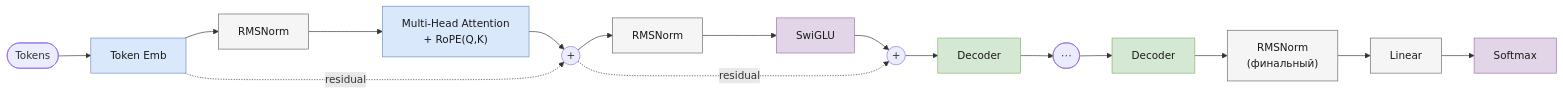
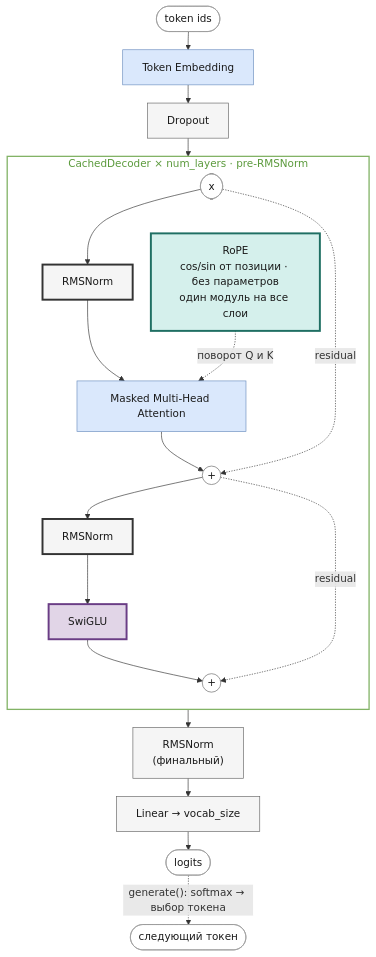
The first of 2 diagrams in docs/llama.md (pese-git/llm-arch-research), drawn with Mermaid before and after one commit. The commit also changed other lines of this file and 8 other files, not shown here.

First line of the commit message:
docs: redraw architecture diagrams in Mermaid, show RoPE explicitly

````diff
--- a/docs/llama.md
+++ b/docs/llama.md
@@ -14,18 +14,37 @@
 ```mermaid
-flowchart LR
-    Tokens(["Tokens"]) --> TokEmb["Token Emb"]:::blue
-    TokEmb --> N1["RMSNorm"]:::gray
-    N1 --> Attn["Multi-Head Attention<br/>+ RoPE(Q,K)"]:::blue
-    Attn --> A1(("+"))
-    TokEmb -.->|residual| A1
-    A1 --> N2["RMSNorm"]:::gray
-    N2 --> FFN["SwiGLU"]:::purple
-    FFN --> A2(("+"))
-    A1 -.->|residual| A2
-    A2 --> Dc2["Decoder"]:::green --> Dots(["⋯"]) --> Dc5["Decoder"]:::green --> NF["RMSNorm<br/>(финальный)"]:::gray --> Lin["Linear"]:::gray --> Soft["Softmax"]:::purple
+%%{init: {"flowchart": {"rankSpacing": 28, "nodeSpacing": 28}}}%%
+flowchart TB
+    Ids(["token ids"]):::io --> TokEmb["Token Embedding"]:::blue
+    TokEmb --> Drop["Dropout"]:::gray
+    subgraph Dec["CachedDecoder × num_layers · pre-RMSNorm"]
+        direction TB
+        X(["x"]):::io --> N1["RMSNorm"]:::grayHl
+        N1 --> Attn["Masked Multi-Head Attention"]:::blue
+        R["RoPE<br/>cos/sin от позиции · без параметров<br/>один модуль на все слои"]:::ropeHl
+        R -. "поворот Q и K" .-> Attn
+        Attn --> A1(("+")):::add
+        X -. residual .-> A1
+        A1 --> N2["RMSNorm"]:::grayHl
+        N2 --> FFN["SwiGLU"]:::purpleHl
+        FFN --> A2(("+")):::add
+        A1 -. residual .-> A2
+    end
+    Drop --> Dec
+    Dec --> NF["RMSNorm<br/>(финальный)"]:::gray --> Lin
+    Lin["Linear → vocab_size"]:::gray --> Out(["logits"]):::io
+    Out -. "generate(): softmax → выбор токена" .-> Next(["следующий токен"]):::io
+    style Dec fill:transparent,stroke:#82b366,stroke-width:2px,color:#5b9a3c
 
+    classDef io fill:#ffffff,stroke:#999999,color:#1a1a1a;
+    classDef add fill:#ffffff,stroke:#666666,color:#1a1a1a;
     classDef blue fill:#dae8fc,stroke:#6c8ebf,color:#1a1a1a;
+    classDef blueHl fill:#dae8fc,stroke:#2f5f9e,stroke-width:3px,color:#1a1a1a;
     classDef purple fill:#e1d5e7,stroke:#9673a6,color:#1a1a1a;
-    classDef green fill:#d5e8d4,stroke:#82b366,color:#1a1a1a;
+    classDef purpleHl fill:#e1d5e7,stroke:#6a3d85,stroke-width:3px,color:#1a1a1a;
     classDef gray fill:#f5f5f5,stroke:#666666,color:#1a1a1a;
+    classDef grayHl fill:#f5f5f5,stroke:#333333,stroke-width:3px,color:#1a1a1a;
+    classDef gold fill:#fff2cc,stroke:#d6b656,color:#1a1a1a;
+    classDef rope fill:#d5f0ec,stroke:#3a9e8f,color:#1a1a1a;
+    classDef ropeHl fill:#d5f0ec,stroke:#1f6f63,stroke-width:3px,color:#1a1a1a;
+    classDef dim fill:#f5f5f5,stroke:#bbbbbb,color:#999999,stroke-dasharray:4 3;
 ```
````
